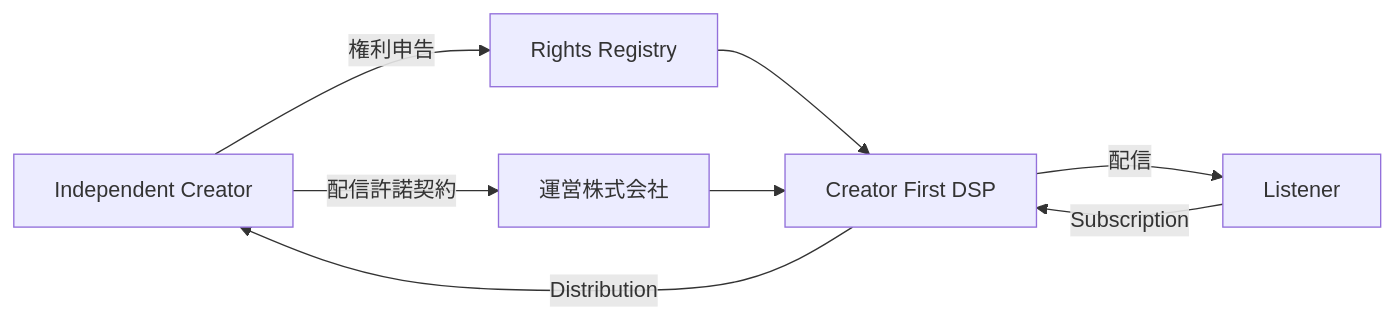
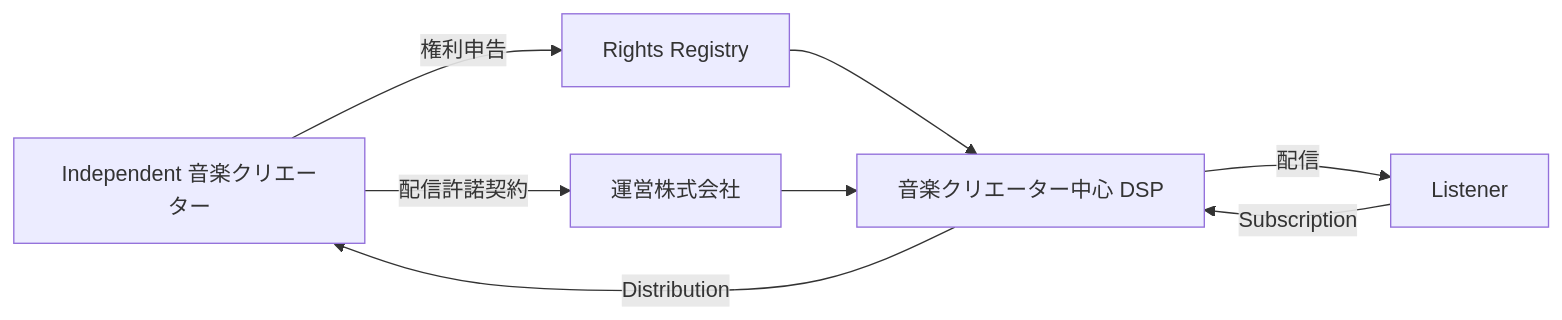
One commit to ShigeichiroYamasaki/creator-first-platform changed the sixth of 17 diagrams in docs/whitepaper/03-rights-and-money.md. Above: the diagram before and after it, drawn with Mermaid. The commit also changed other lines of this file and 67 other files, not shown here.

````diff
--- a/docs/whitepaper/03-rights-and-money.md
+++ b/docs/whitepaper/03-rights-and-money.md
@@ -153,11 +153,11 @@
 ```mermaid
 flowchart LR
-    C[Independent Creator]
+    C[Independent 音楽クリエーター]
     C -->|権利申告| REG[Rights Registry]
     C -->|配信許諾契約| CORP[運営株式会社]
-    REG --> DSP[Creator First DSP]
+    REG --> DSP[音楽クリエーター中心 DSP]
     CORP --> DSP
     DSP -->|配信| U[Listener]
     U -->|Subscription| DSP
     DSP -->|Distribution| C
 ```
````
